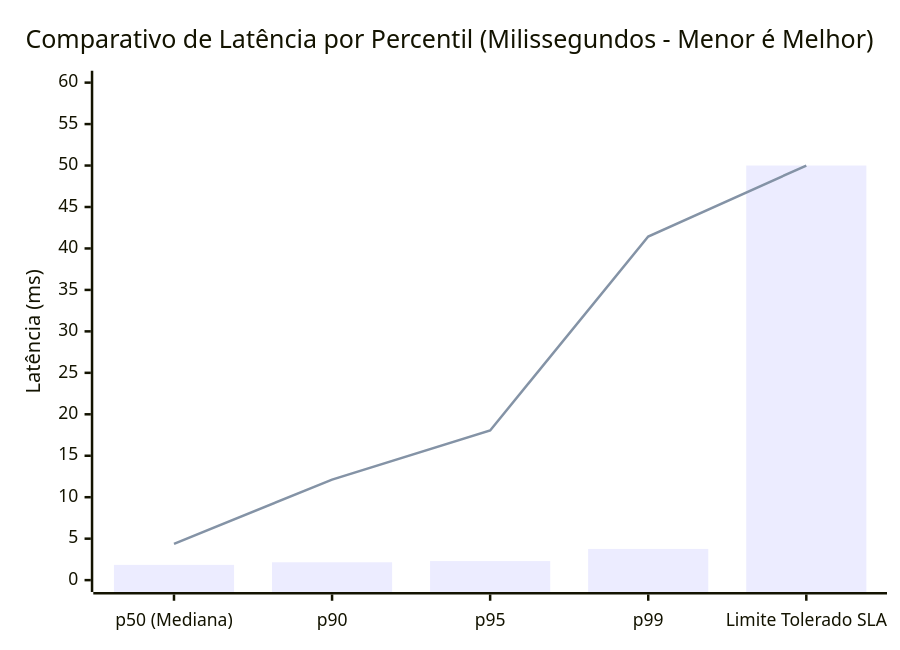
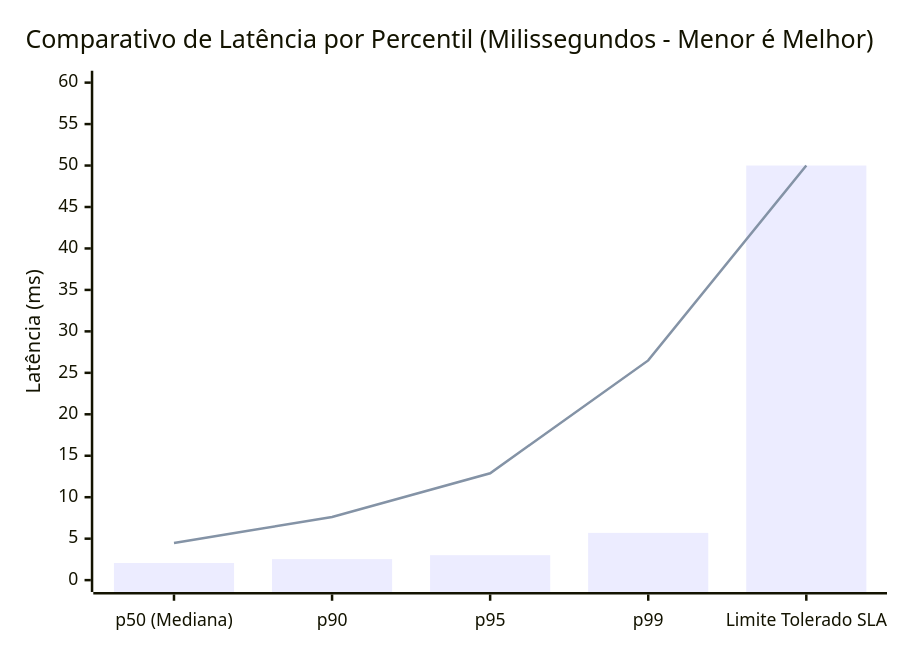
One commit to tetri/cashflow-solution changed the first of 4 diagrams in docs/RELATORIO_ESTRESSE_BENCHMARK.md. Above: the diagram before and after it, drawn with Mermaid. The commit also changed other lines of this file and 9 other files, not shown here.

````diff
--- a/docs/RELATORIO_ESTRESSE_BENCHMARK.md
+++ b/docs/RELATORIO_ESTRESSE_BENCHMARK.md
@@ -94,8 +120,8 @@
 ```mermaid
 xychart-beta
     title "Comparativo de Latência por Percentil (Milissegundos - Menor é Melhor)"
     x-axis ["p50 (Mediana)", "p90", "p95", "p99", "Limite Tolerado SLA"]
     y-axis "Latência (ms)" 0 --> 60
-    bar [1.84, 2.15, 2.30, 3.76, 50.00]
-    line [4.38, 12.12, 18.05, 41.44, 50.00]
+    bar [2.06, 2.53, 3.01, 5.70, 50.00]
+    line [4.48, 7.62, 12.89, 26.50, 50.00]
 ```
````
